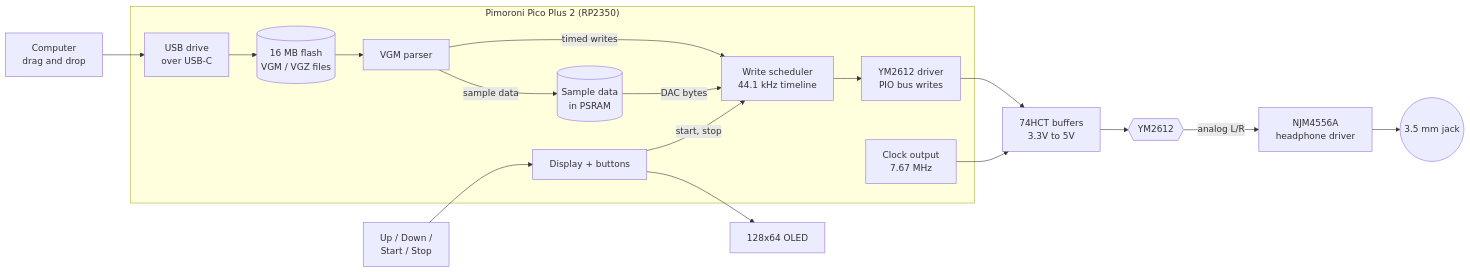
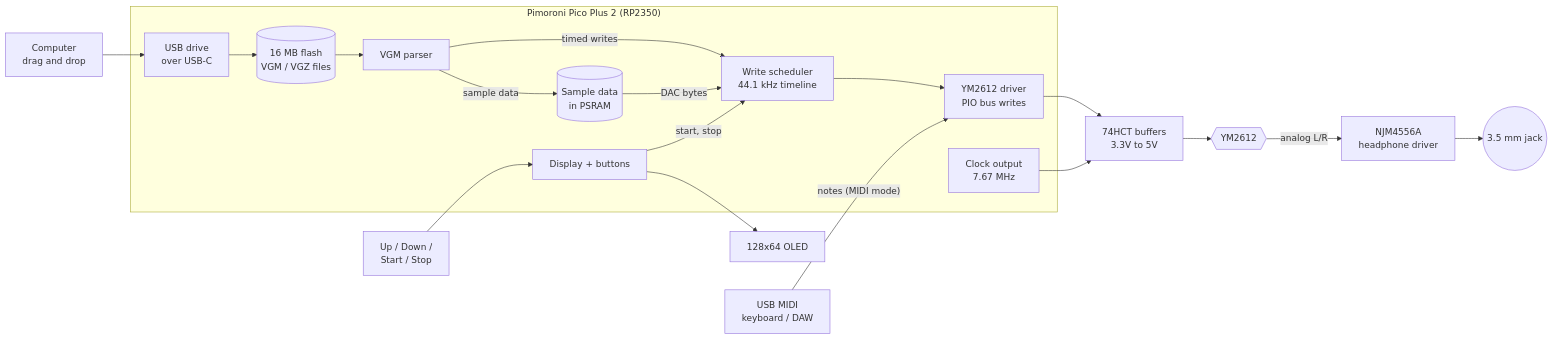
One commit to ctrlvlts-000/Vintage-Sound-Chip-Player changed the diagram in docs/DESIGN.md. Above: the diagram before and after it, drawn with Mermaid. The commit also changed other lines of this file and 1 other file, not shown here.

First line of the commit message:
Add USB MIDI with a VGM mode and a MIDI mode

````diff
--- a/docs/DESIGN.md
+++ b/docs/DESIGN.md
@@ -77,33 +120,35 @@
 ```mermaid
 flowchart LR
     PC[Computer<br/>drag and drop]
 
     subgraph PICO["Pimoroni Pico Plus 2 (RP2350)"]
         USB[USB drive<br/>over USB-C]
         FLASH[(16 MB flash<br/>VGM / VGZ files)]
         PARSE[VGM parser]
         PCM[(Sample data<br/>in PSRAM)]
         SCHED[Write scheduler<br/>44.1 kHz timeline]
         DRV[YM2612 driver<br/>PIO bus writes]
         CLKGEN[Clock output<br/>7.67 MHz]
         UI[Display + buttons]
     end
 
     BUF[74HCT buffers<br/>3.3V to 5V]
     YM{{YM2612}}
     AMP[NJM4556A<br/>headphone driver]
     JACK((3.5 mm jack))
     OLED[128x64 OLED]
     BTN[Up / Down /<br/>Start / Stop]
+    MIDI[USB MIDI<br/>keyboard / DAW]
 
     PC --> USB --> FLASH --> PARSE
     PARSE -- "sample data" --> PCM
     PARSE -- "timed writes" --> SCHED
     PCM -- "DAC bytes" --> SCHED
     SCHED --> DRV --> BUF --> YM
     CLKGEN --> BUF
     YM -- "analog L/R" --> AMP --> JACK
     BTN --> UI
     UI --> OLED
     UI -- "start, stop" --> SCHED
+    MIDI -- "notes (MIDI mode)" --> DRV
 ```
````
